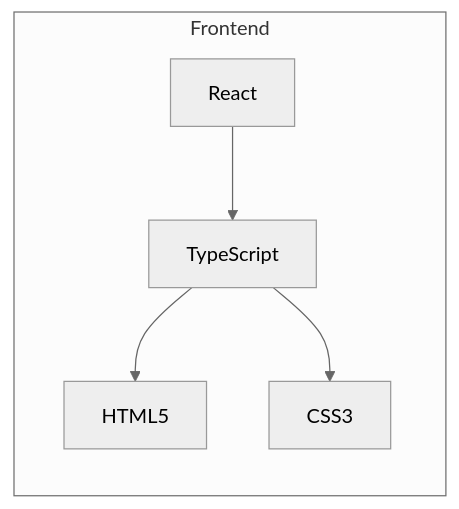
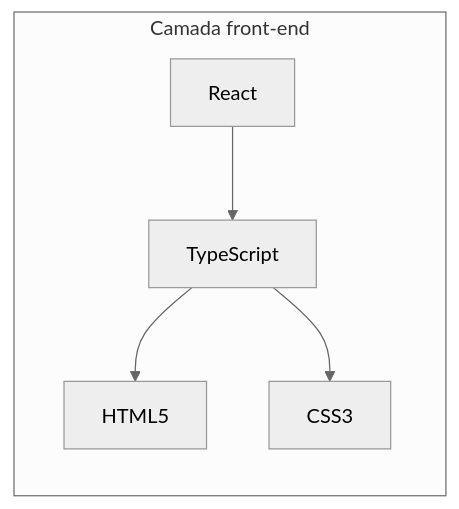
One commit to GeymersonCamara/GeymersonCamara changed the second of 2 diagrams in README.md. Above: the diagram before and after it, drawn with Mermaid (neutral theme). The commit also changed other lines of this file, not shown here.

````diff
--- a/README.md
+++ b/README.md
@@ -52,12 +52,12 @@
 ```mermaid
 flowchart LR
-    subgraph Front["Frontend"]
+    subgraph Front["Camada front-end"]
         R[React]
         TS[TypeScript]
         H[HTML5]
         C[CSS3]
     end
     R --> TS
     TS --> H
     TS --> C
 ```
````
